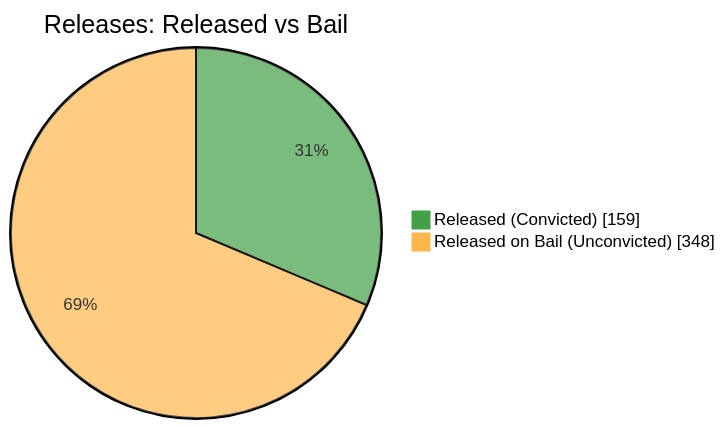
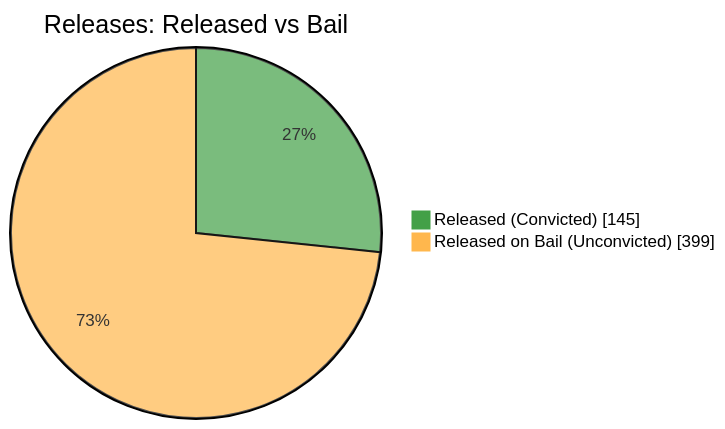
One commit to nuuuwan/lk_prisons changed the fifth of 7 diagrams in README.md. Above: the diagram before and after it, drawn with Mermaid. The commit also changed other lines of this file and 1 other file, not shown here.

````diff
--- a/README.md
+++ b/README.md
@@ -87,6 +87,6 @@
 ```mermaid
 %%{init: {'themeVariables': {'pie1': '#43A047', 'pie2': '#FFB74D'}}}%%
 pie showData title Releases: Released vs Bail
-    "Released (Convicted)" : 159
-    "Released on Bail (Unconvicted)" : 348
+    "Released (Convicted)" : 145
+    "Released on Bail (Unconvicted)" : 399
 ```
````
